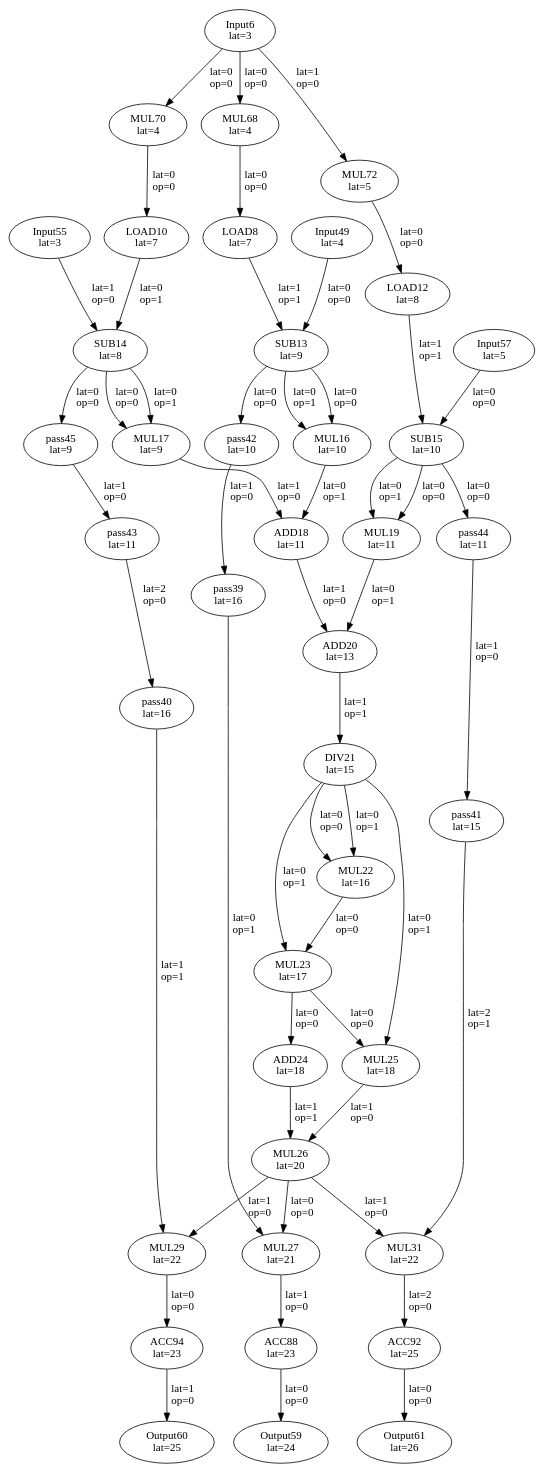
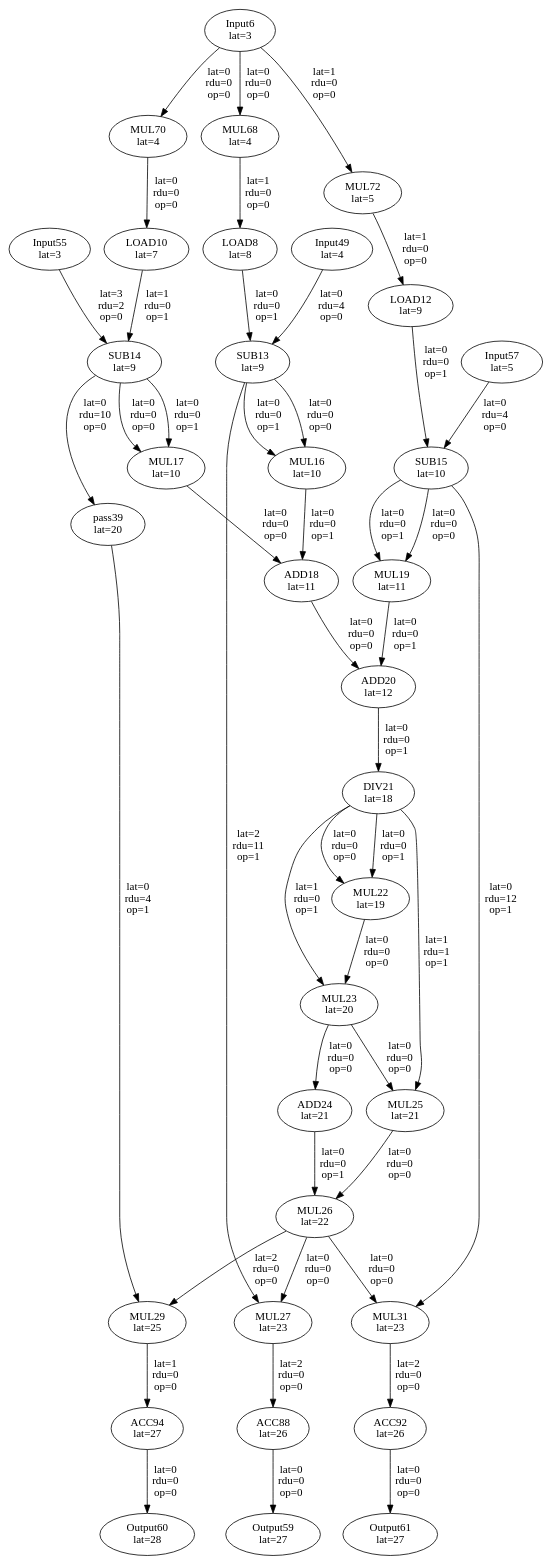
One commit to yhqiu16/FDRA changed the diagram in benchmarks/test4/md-knn/mapped_dfg.dot. Above: the diagram before and after it, drawn with Graphviz. The commit also changed 253 other files, not shown here.

```diff
--- a/benchmarks/test4/md-knn/mapped_dfg.dot
+++ b/benchmarks/test4/md-knn/mapped_dfg.dot
@@ -1,93 +1,81 @@
 Digraph G {
 "Input6"[label = "\N\nlat=3"];
-"LOAD8"[label = "\N\nlat=7"];
-"MUL68"->"LOAD8"[label = "lat=0\nop=0"];
+"LOAD8"[label = "\N\nlat=8"];
+"MUL68"->"LOAD8"[label = "lat=1\nrdu=0\nop=0"];
 "LOAD10"[label = "\N\nlat=7"];
-"MUL70"->"LOAD10"[label = "lat=0\nop=0"];
-"LOAD12"[label = "\N\nlat=8"];
-"MUL72"->"LOAD12"[label = "lat=0\nop=0"];
+"MUL70"->"LOAD10"[label = "lat=0\nrdu=0\nop=0"];
+"LOAD12"[label = "\N\nlat=9"];
+"MUL72"->"LOAD12"[label = "lat=1\nrdu=0\nop=0"];
 "SUB13"[label = "\N\nlat=9"];
-"Input49"->"SUB13"[label = "lat=0\nop=0"];
-"LOAD8"->"SUB13"[label = "lat=1\nop=1"];
-"SUB14"[label = "\N\nlat=8"];
-"Input55"->"SUB14"[label = "lat=1\nop=0"];
-"LOAD10"->"SUB14"[label = "lat=0\nop=1"];
+"Input49"->"SUB13"[label = "lat=0\nrdu=4\nop=0"];
+"LOAD8"->"SUB13"[label = "lat=0\nrdu=0\nop=1"];
+"SUB14"[label = "\N\nlat=9"];
+"Input55"->"SUB14"[label = "lat=3\nrdu=2\nop=0"];
+"LOAD10"->"SUB14"[label = "lat=1\nrdu=0\nop=1"];
 "SUB15"[label = "\N\nlat=10"];
-"Input57"->"SUB15"[label = "lat=0\nop=0"];
-"LOAD12"->"SUB15"[label = "lat=1\nop=1"];
+"Input57"->"SUB15"[label = "lat=0\nrdu=4\nop=0"];
+"LOAD12"->"SUB15"[label = "lat=0\nrdu=0\nop=1"];
 "MUL16"[label = "\N\nlat=10"];
-"SUB13"->"MUL16"[label = "lat=0\nop=0"];
-"SUB13"->"MUL16"[label = "lat=0\nop=1"];
-"MUL17"[label = "\N\nlat=9"];
-"SUB14"->"MUL17"[label = "lat=0\nop=0"];
-"SUB14"->"MUL17"[label = "lat=0\nop=1"];
+"SUB13"->"MUL16"[label = "lat=0\nrdu=0\nop=0"];
+"SUB13"->"MUL16"[label = "lat=0\nrdu=0\nop=1"];
+"MUL17"[label = "\N\nlat=10"];
+"SUB14"->"MUL17"[label = "lat=0\nrdu=0\nop=0"];
+"SUB14"->"MUL17"[label = "lat=0\nrdu=0\nop=1"];
 "ADD18"[label = "\N\nlat=11"];
-"MUL17"->"ADD18"[label = "lat=1\nop=0"];
-"MUL16"->"ADD18"[label = "lat=0\nop=1"];
+"MUL17"->"ADD18"[label = "lat=0\nrdu=0\nop=0"];
+"MUL16"->"ADD18"[label = "lat=0\nrdu=0\nop=1"];
 "MUL19"[label = "\N\nlat=11"];
-"SUB15"->"MUL19"[label = "lat=0\nop=0"];
-"SUB15"->"MUL19"[label = "lat=0\nop=1"];
-"ADD20"[label = "\N\nlat=13"];
-"ADD18"->"ADD20"[label = "lat=1\nop=0"];
-"MUL19"->"ADD20"[label = "lat=0\nop=1"];
-"DIV21"[label = "\N\nlat=15"];
-"ADD20"->"DIV21"[label = "lat=1\nop=1"];
-"MUL22"[label = "\N\nlat=16"];
-"DIV21"->"MUL22"[label = "lat=0\nop=0"];
-"DIV21"->"MUL22"[label = "lat=0\nop=1"];
-"MUL23"[label = "\N\nlat=17"];
-"MUL22"->"MUL23"[label = "lat=0\nop=0"];
-"DIV21"->"MUL23"[label = "lat=0\nop=1"];
-"ADD24"[label = "\N\nlat=18"];
-"MUL23"->"ADD24"[label = "lat=0\nop=0"];
-"MUL25"[label = "\N\nlat=18"];
-"MUL23"->"MUL25"[label = "lat=0\nop=0"];
-"DIV21"->"MUL25"[label = "lat=0\nop=1"];
-"MUL26"[label = "\N\nlat=20"];
-"MUL25"->"MUL26"[label = "lat=1\nop=0"];
-"ADD24"->"MUL26"[label = "lat=1\nop=1"];
-"MUL27"[label = "\N\nlat=21"];
-"MUL26"->"MUL27"[label = "lat=0\nop=0"];
-"pass39"->"MUL27"[label = "lat=0\nop=1"];
-"MUL29"[label = "\N\nlat=22"];
-"MUL26"->"MUL29"[label = "lat=1\nop=0"];
-"pass40"->"MUL29"[label = "lat=1\nop=1"];
-"MUL31"[label = "\N\nlat=22"];
-"MUL26"->"MUL31"[label = "lat=1\nop=0"];
-"pass41"->"MUL31"[label = "lat=2\nop=1"];
+"SUB15"->"MUL19"[label = "lat=0\nrdu=0\nop=0"];
+"SUB15"->"MUL19"[label = "lat=0\nrdu=0\nop=1"];
+"ADD20"[label = "\N\nlat=12"];
+"ADD18"->"ADD20"[label = "lat=0\nrdu=0\nop=0"];
+"MUL19"->"ADD20"[label = "lat=0\nrdu=0\nop=1"];
+"DIV21"[label = "\N\nlat=18"];
+"ADD20"->"DIV21"[label = "lat=0\nrdu=0\nop=1"];
+"MUL22"[label = "\N\nlat=19"];
+"DIV21"->"MUL22"[label = "lat=0\nrdu=0\nop=0"];
+"DIV21"->"MUL22"[label = "lat=0\nrdu=0\nop=1"];
+"MUL23"[label = "\N\nlat=20"];
+"MUL22"->"MUL23"[label = "lat=0\nrdu=0\nop=0"];
+"DIV21"->"MUL23"[label = "lat=1\nrdu=0\nop=1"];
+"ADD24"[label = "\N\nlat=21"];
+"MUL23"->"ADD24"[label = "lat=0\nrdu=0\nop=0"];
+"MUL25"[label = "\N\nlat=21"];
+"MUL23"->"MUL25"[label = "lat=0\nrdu=0\nop=0"];
+"DIV21"->"MUL25"[label = "lat=1\nrdu=1\nop=1"];
+"MUL26"[label = "\N\nlat=22"];
+"MUL25"->"MUL26"[label = "lat=0\nrdu=0\nop=0"];
+"ADD24"->"MUL26"[label = "lat=0\nrdu=0\nop=1"];
+"MUL27"[label = "\N\nlat=23"];
+"MUL26"->"MUL27"[label = "lat=0\nrdu=0\nop=0"];
+"SUB13"->"MUL27"[label = "lat=2\nrdu=11\nop=1"];
+"MUL29"[label = "\N\nlat=25"];
+"MUL26"->"MUL29"[label = "lat=2\nrdu=0\nop=0"];
+"pass39"->"MUL29"[label = "lat=0\nrdu=4\nop=1"];
+"MUL31"[label = "\N\nlat=23"];
+"MUL26"->"MUL31"[label = "lat=0\nrdu=0\nop=0"];
+"SUB15"->"MUL31"[label = "lat=0\nrdu=12\nop=1"];
 "Input49"[label = "\N\nlat=4"];
 "Input55"[label = "\N\nlat=3"];
 "Input57"[label = "\N\nlat=5"];
-"Output59"[label = "\N\nlat=24"];
-"ACC88"->"Output59"[label = "lat=0\nop=0"];
-"Output60"[label = "\N\nlat=25"];
-"ACC94"->"Output60"[label = "lat=1\nop=0"];
-"Output61"[label = "\N\nlat=26"];
-"ACC92"->"Output61"[label = "lat=0\nop=0"];
+"Output59"[label = "\N\nlat=27"];
+"ACC88"->"Output59"[label = "lat=0\nrdu=0\nop=0"];
+"Output60"[label = "\N\nlat=28"];
+"ACC94"->"Output60"[label = "lat=0\nrdu=0\nop=0"];
+"Output61"[label = "\N\nlat=27"];
+"ACC92"->"Output61"[label = "lat=0\nrdu=0\nop=0"];
 "MUL68"[label = "\N\nlat=4"];
-"Input6"->"MUL68"[label = "lat=0\nop=0"];
+"Input6"->"MUL68"[label = "lat=0\nrdu=0\nop=0"];
 "MUL70"[label = "\N\nlat=4"];
-"Input6"->"MUL70"[label = "lat=0\nop=0"];
+"Input6"->"MUL70"[label = "lat=0\nrdu=0\nop=0"];
 "MUL72"[label = "\N\nlat=5"];
-"Input6"->"MUL72"[label = "lat=1\nop=0"];
-"ACC88"[label = "\N\nlat=23"];
-"MUL27"->"ACC88"[label = "lat=1\nop=0"];
-"ACC92"[label = "\N\nlat=25"];
-"MUL31"->"ACC92"[label = "lat=2\nop=0"];
-"ACC94"[label = "\N\nlat=23"];
-"MUL29"->"ACC94"[label = "lat=0\nop=0"];
-"pass39"[label = "\N\nlat=16"];
-"pass42"->"pass39"[label = "lat=1\nop=0"];
-"pass40"[label = "\N\nlat=16"];
-"pass43"->"pass40"[label = "lat=2\nop=0"];
-"pass41"[label = "\N\nlat=15"];
-"pass44"->"pass41"[label = "lat=1\nop=0"];
-"pass42"[label = "\N\nlat=10"];
-"SUB13"->"pass42"[label = "lat=0\nop=0"];
-"pass43"[label = "\N\nlat=11"];
-"pass45"->"pass43"[label = "lat=1\nop=0"];
-"pass44"[label = "\N\nlat=11"];
-"SUB15"->"pass44"[label = "lat=0\nop=0"];
-"pass45"[label = "\N\nlat=9"];
-"SUB14"->"pass45"[label = "lat=0\nop=0"];
+"Input6"->"MUL72"[label = "lat=1\nrdu=0\nop=0"];
+"ACC88"[label = "\N\nlat=26"];
+"MUL27"->"ACC88"[label = "lat=2\nrdu=0\nop=0"];
+"ACC92"[label = "\N\nlat=26"];
+"MUL31"->"ACC92"[label = "lat=2\nrdu=0\nop=0"];
+"ACC94"[label = "\N\nlat=27"];
+"MUL29"->"ACC94"[label = "lat=1\nrdu=0\nop=0"];
+"pass39"[label = "\N\nlat=20"];
+"SUB14"->"pass39"[label = "lat=0\nrdu=10\nop=0"];
 }
```
